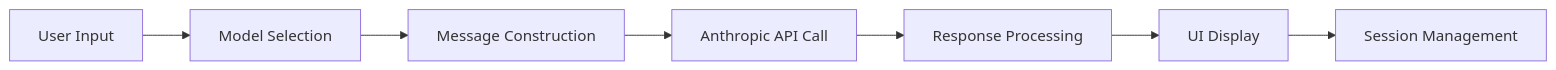
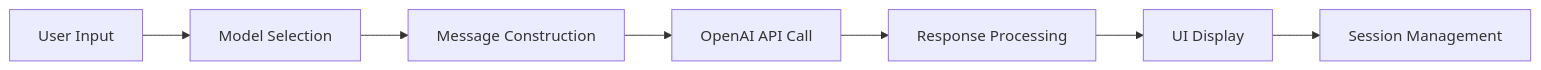
Before and after one commit to nakashima2toshio/anthropic_api_jp: the first of 12 diagrams in doc/a00_responses_api.md, drawn with Mermaid. The commit also changed other lines of this file and 2 other files, not shown here.

````diff
--- a/doc/a00_responses_api.md
+++ b/doc/a00_responses_api.md
@@ -34,9 +39,9 @@
 ```mermaid
 graph LR
     A["User Input"] --> B["Model Selection"]
     B --> C["Message Construction"]
-    C --> D["Anthropic API Call"]
+    C --> D["OpenAI API Call"]
     D --> E["Response Processing"]
     E --> F["UI Display"]
     F --> G["Session Management"]
 ```
````
